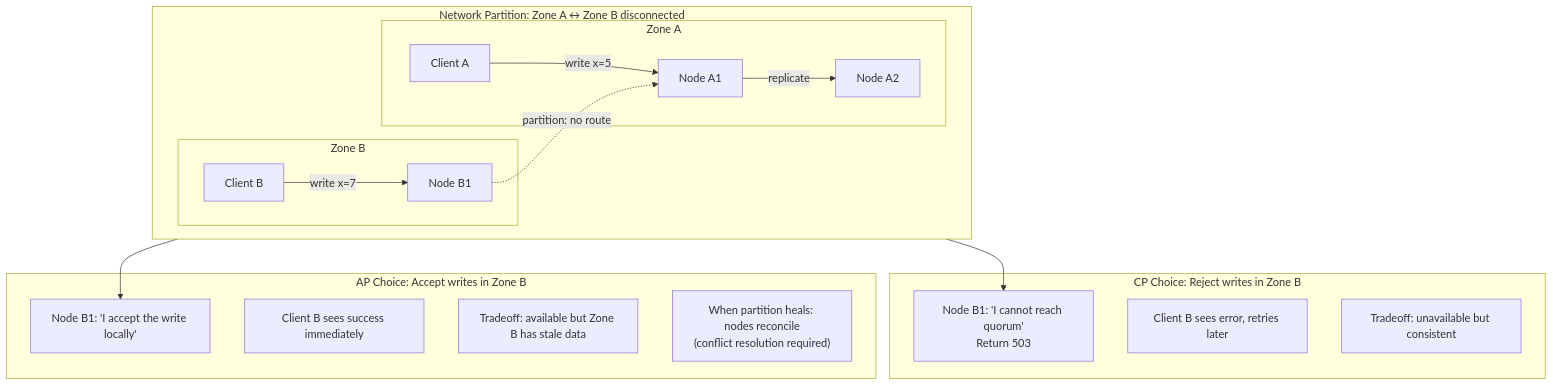
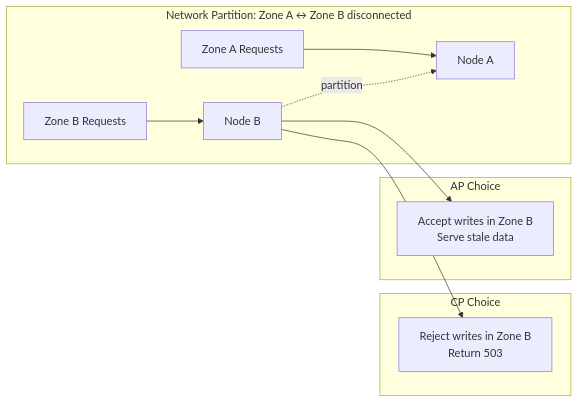
The diagram in SW-ML-AI Engineering/10 - Cloud, Infra y Backend/32 - System Design for ML/01 - CAP Theorem and Consistency Models in ML Workloads.md (Leito2/Learning), drawn with Mermaid before and after one commit. The commit also changed other lines of this file and 123 other files, not shown here.

````diff
--- a/SW-ML-AI Engineering/10 - Cloud, Infra y Backend/32 - System Design for ML/01 - CAP Theorem and Consistency Models in ML Workloads.md
+++ b/SW-ML-AI Engineering/10 - Cloud, Infra y Backend/32 - System Design for ML/01 - CAP Theorem and Consistency Models in ML Workloads.md
@@ -156,35 +39,14 @@
 ```mermaid
-flowchart TD
+flowchart LR
     subgraph "Network Partition: Zone A ↔ Zone B disconnected"
-        direction LR
-        subgraph "Zone A"
-            A1[Client A]
-            A2[Node A1]
-            A3[Node A2]
-        end
-        subgraph "Zone B"
-            B1[Client B]
-            B2[Node B1]
-        end
+        A[Zone A Requests] --> N1[Node A]
+        B[Zone B Requests] --> N2[Node B]
+        N2 -.->|partition| N1
     end
-
-    subgraph "CP Choice: Reject writes in Zone B"
-        C1["Node B1: 'I cannot reach quorum'\nReturn 503"]
-        C2["Client B sees error, retries later"]
-        C3["Tradeoff: unavailable but consistent"]
+    subgraph "CP Choice"
+        N2 --> R1[Reject writes in Zone B<br/>Return 503]
     end
-
-    subgraph "AP Choice: Accept writes in Zone B"
-        D1["Node B1: 'I accept the write locally'"]
-        D2["Client B sees success immediately"]
-        D3["Tradeoff: available but Zone B has stale data"]
-        D4["When partition heals: nodes reconcile\n(conflict resolution required)"]
+    subgraph "AP Choice"
+        N2 --> R2[Accept writes in Zone B<br/>Serve stale data]
     end
-
-    A1 -->|write x=5| A2
-    A2 -->|replicate| A3
-    B1 -->|write x=7| B2
-    B2 -.->|partition: no route| A2
-    B2 --> C1
-    B2 --> D1
 ```
````
